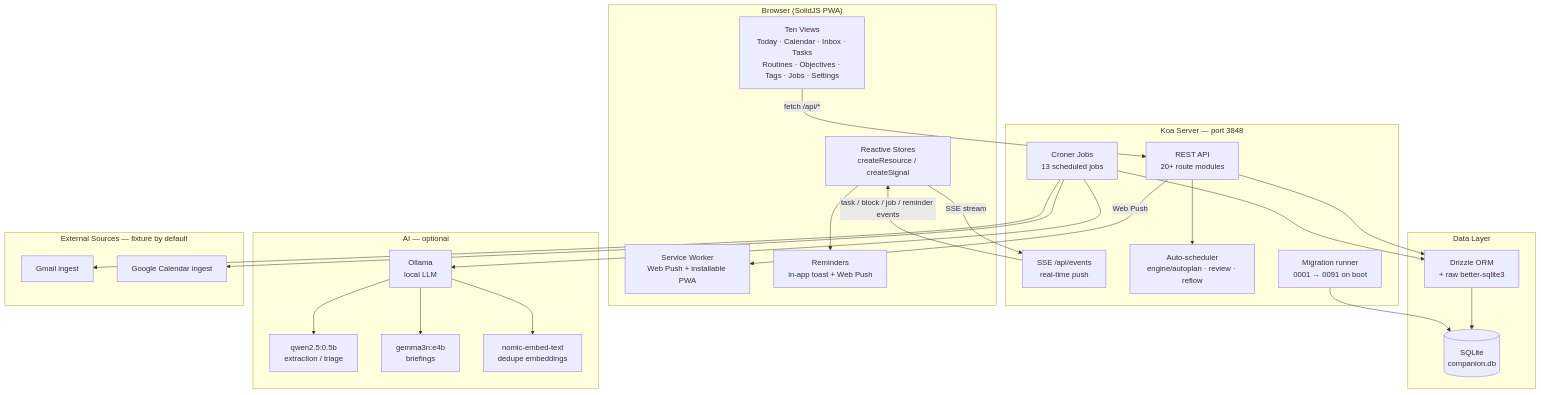
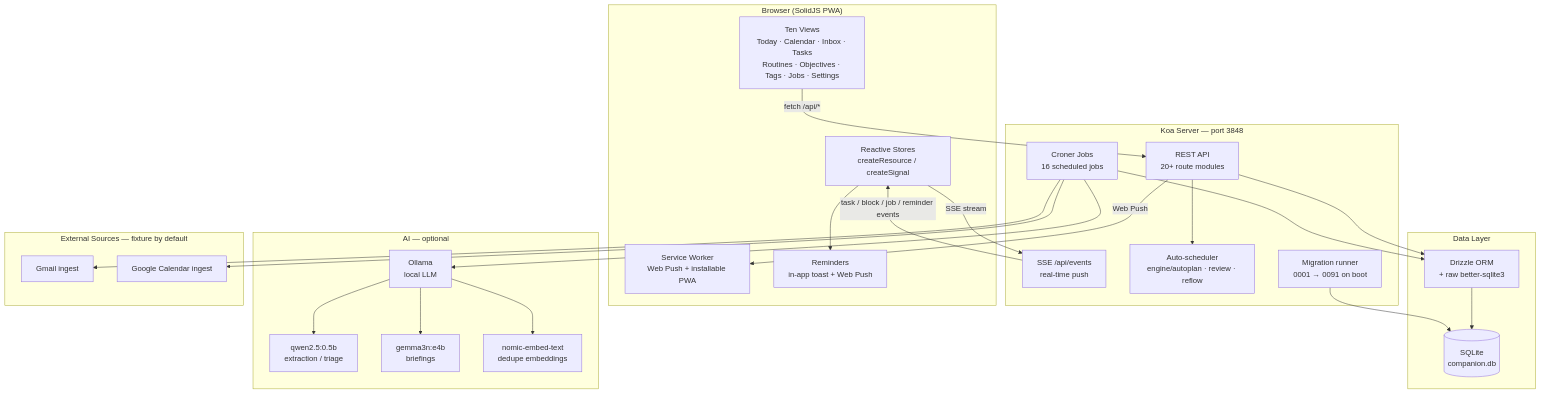
The diagram in README.md (companionintelligence/CI-Planning), drawn with Mermaid before and after one commit. The commit also changed other lines of this file and 2 other files, not shown here.

First paragraph of the commit message:
docs: fix job-registry audit, day_note migration attribution, star scope
Address PR review — I'd previously bumped the job count by +1 without a
full audit (flagged that risk in the PR itself); Copilot's review forced
the real one. Verified against every scheduled_jobs seed migration:

````diff
--- a/README.md
+++ b/README.md
@@ -30,51 +30,51 @@
 ```mermaid
 graph TB
     subgraph Browser["Browser (SolidJS PWA)"]
         UI[Ten Views<br/>Today · Calendar · Inbox · Tasks<br/>Routines · Objectives · Tags · Jobs · Settings]
         Store[Reactive Stores<br/>createResource / createSignal]
         SW[Service Worker<br/>Web Push + installable PWA]
         BN[Reminders<br/>in-app toast + Web Push]
     end
 
     subgraph Server["Koa Server — port 3848"]
         API[REST API<br/>20+ route modules]
         SSE[SSE /api/events<br/>real-time push]
         Engine[Auto-scheduler<br/>engine/autoplan · review · reflow]
-        Cron[Croner Jobs<br/>13 scheduled jobs]
+        Cron[Croner Jobs<br/>16 scheduled jobs]
         Migrate[Migration runner<br/>0001 → 0091 on boot]
     end
 
     subgraph Data["Data Layer"]
         DB[(SQLite<br/>companion.db)]
         Drizzle[Drizzle ORM<br/>+ raw better-sqlite3]
     end
 
     subgraph AI["AI — optional"]
         Ollama[Ollama<br/>local LLM]
         Small["qwen2.5:0.5b<br/>extraction / triage"]
         Medium["gemma3n:e4b<br/>briefings"]
         Embed["nomic-embed-text<br/>dedupe embeddings"]
     end
 
     subgraph Sources["External Sources — fixture by default"]
         Gmail[Gmail ingest]
         GCal[Google Calendar ingest]
     end
 
     UI -->|"fetch /api/*"| API
     Store -->|SSE stream| SSE
     API --> Engine
     API --> Drizzle
     Cron --> Drizzle
     Cron --> Ollama
     Cron --> Gmail
     Cron --> GCal
     Drizzle --> DB
     Migrate --> DB
     Ollama --> Small
     Ollama --> Medium
     Ollama --> Embed
     SSE -->|task / block / job / reminder events| Store
     Store --> BN
     API -->|Web Push| SW
 ```
````
